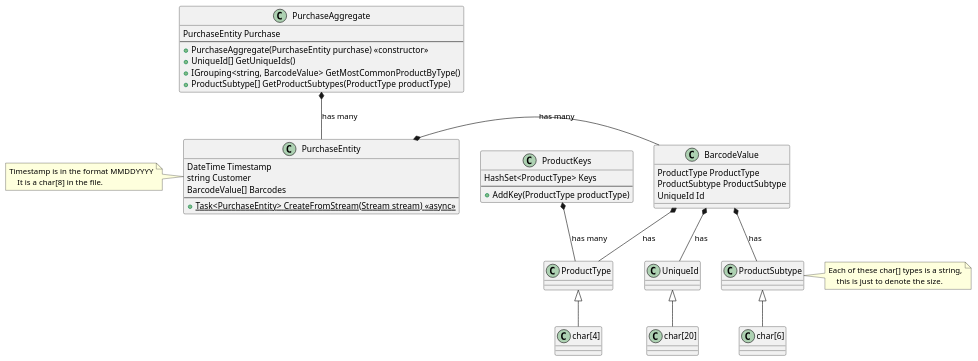
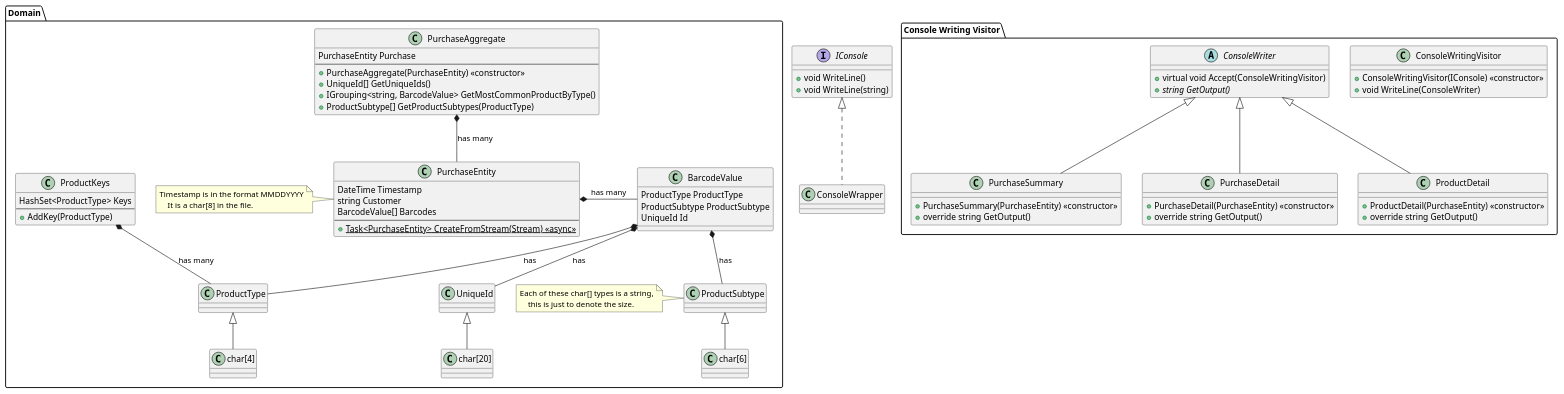
Before and after one commit to aholmes/2020-InterviewRound3: the diagram in docs/classStructure.puml, drawn with PlantUML. The commit also changed 1 other file, not shown here.

Commit message:
Update UML with Visitor classes and Console wrapper

```diff
--- a/docs/classStructure.puml
+++ b/docs/classStructure.puml
@@ -1,64 +1,88 @@
 @startuml
+package "Domain" as Domain {
+    class ProductKeys {
+        HashSet<ProductType> Keys
+        --
+        +AddKey(ProductType)
+    }
 
-'01232020Jamie
-'BEVGTTKYGDGJHGTFBNGDVZJGDIPXVS
-'CANFDNSKAVOUXSCGSYBHQYHNMDQOBL
-'FRZNQQNPSESCHIMIXOUHNAWLXRZEPT
-'BEVGZYUFGNIHDCZIPWLZJLPDSGNEAH
+    class PurchaseEntity {
+        DateTime Timestamp
+        string Customer
+        BarcodeValue[] Barcodes
+        --
+        {static} +Task<PurchaseEntity> CreateFromStream(Stream) <<async>>
+    }
+    note left
+    Timestamp is in the format MMDDYYYY
+        It is a char[8] in the file.
+    end note
 
-class ProductKeys {
-    HashSet<ProductType> Keys
-    --
-    +AddKey(ProductType productType)
+    class PurchaseAggregate {
+        PurchaseEntity Purchase
+        --
+        +PurchaseAggregate(PurchaseEntity) <<constructor>>
+        +UniqueId[] GetUniqueIds()
+        +IGrouping<string, BarcodeValue> GetMostCommonProductByType()
+        +ProductSubtype[] GetProductSubtypes(ProductType)
+    }
+
+    class "char[4]" as char4
+    class "char[6]" as char6
+    class "char[20]" as char20
+
+    ProductType <|-- char4
+    ProductSubtype <|-- char6
+    UniqueId <|-- char20
+    note left of ProductSubtype
+    Each of these char[] types is a string,
+        this is just to denote the size.
+    end note
+
+    class BarcodeValue {
+        ProductType ProductType
+        ProductSubtype ProductSubtype
+        UniqueId Id
+    }
+
+    BarcodeValue *-- ProductType : has
+    BarcodeValue *-- ProductSubtype : has
+    BarcodeValue *-- UniqueId : has
+
+    ProductKeys *-- ProductType : has many
+
+    PurchaseEntity *- BarcodeValue : has many
+
+    PurchaseAggregate *-- PurchaseEntity : has many
 }
 
-class PurchaseEntity {
-    DateTime Timestamp
-    string Customer
-    BarcodeValue[] Barcodes
-    --
-    {static} +Task<PurchaseEntity> CreateFromStream(Stream stream) <<async>>
-}
-note left
-Timestamp is in the format MMDDYYYY
-    It is a char[8] in the file.
-end note
-
-class PurchaseAggregate {
-    PurchaseEntity Purchase
-    --
-    +PurchaseAggregate(PurchaseEntity purchase) <<constructor>>
-    +UniqueId[] GetUniqueIds()
-    +IGrouping<string, BarcodeValue> GetMostCommonProductByType()
-    +ProductSubtype[] GetProductSubtypes(ProductType productType)
+package "Console Writing Visitor" as ConsoleWritingVisitor {
+    class ConsoleWritingVisitor {
+        +ConsoleWritingVisitor(IConsole) <<constructor>>
+        +void WriteLine(ConsoleWriter)
+    }
+    abstract class ConsoleWriter {
+        +virtual void Accept(ConsoleWritingVisitor)
+        +{abstract} string GetOutput()
+    }
+    class PurchaseSummary extends ConsoleWriter {
+        +PurchaseSummary(PurchaseEntity) <<constructor>>
+        +override string GetOutput()
+    }
+    class PurchaseDetail extends ConsoleWriter {
+        +PurchaseDetail(PurchaseEntity) <<constructor>>
+        +override string GetOutput()
+    }
+    class ProductDetail extends ConsoleWriter {
+        +ProductDetail(PurchaseEntity) <<constructor>>
+        +override string GetOutput()
+    }
 }
 
-class "char[4]" as char4
-class "char[6]" as char6
-class "char[20]" as char20
-
-ProductType <|-- char4
-ProductSubtype <|-- char6
-UniqueId <|-- char20
-note right of ProductSubtype
-Each of these char[] types is a string,
-    this is just to denote the size.
-end note
-
-class BarcodeValue {
-    ProductType ProductType
-    ProductSubtype ProductSubtype
-    UniqueId Id
+interface IConsole {
+    +void WriteLine()
+    +void WriteLine(string)
 }
 
-BarcodeValue *-- ProductType : has
-BarcodeValue *-- ProductSubtype : has
-BarcodeValue *-- UniqueId : has
-
-ProductKeys *-- ProductType : has many
-
-PurchaseEntity *- BarcodeValue : has many
-
-PurchaseAggregate *-- PurchaseEntity : has many
-
+class ConsoleWrapper implements IConsole 
 @enduml
```
